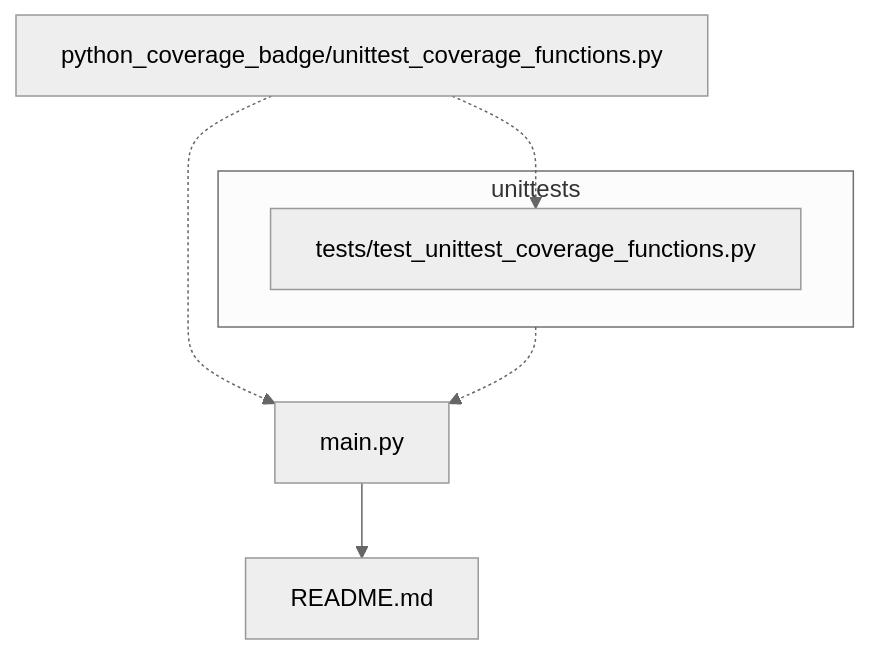
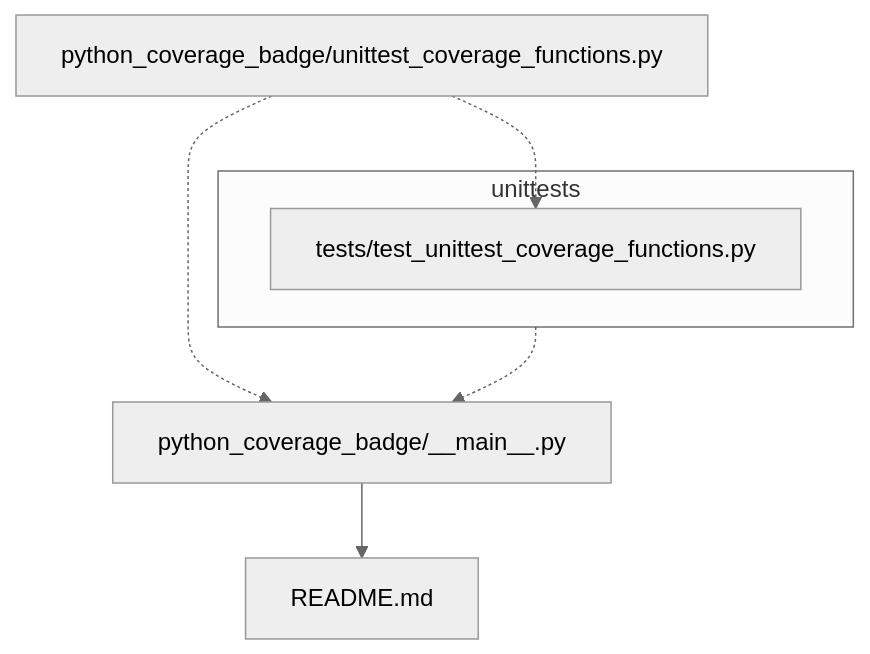
The diagram in README.md (JosephCrispell/coverage_shield), drawn with Mermaid (neutral theme) before and after one commit. The commit also changed other lines of this file, not shown here.

Commit message:
Updated README to reference __main__.py

````diff
--- a/README.md
+++ b/README.md
@@ -85,10 +93,10 @@
 ```mermaid
   graph TD
-    coverage_functions[python_coverage_badge/unittest_coverage_functions.py] .-> main[main.py];
+    coverage_functions[python_coverage_badge/unittest_coverage_functions.py] .-> main[python_coverage_badge/__main__.py];
     coverage_functions .-> test_coverage[tests/test_unittest_coverage_functions.py];
     main --> readme[README.md];
     subgraph "unittests"
         test_coverage[tests/test_unittest_coverage_functions.py];
     end
     unittests .-> main
 ```
````
